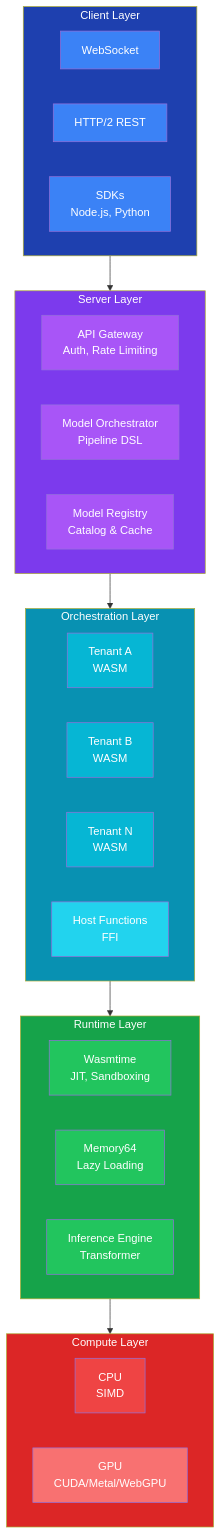
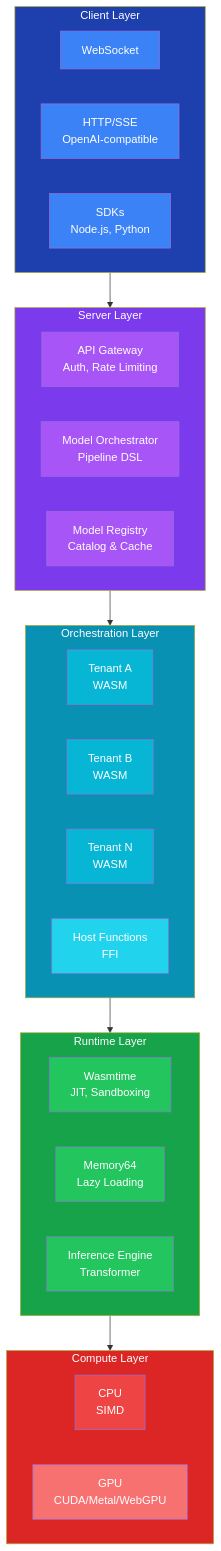
Before and after one commit to Querent-ai/realm: the third of 5 diagrams in README.md, drawn with Mermaid. The commit also changed other lines of this file and 10 other files, not shown here.

````diff
--- a/README.md
+++ b/README.md
@@ -274,57 +312,57 @@
 ```mermaid
 graph TB
     subgraph Clients["Client Layer"]
         WS["WebSocket"]
-        HTTP["HTTP/2 REST"]
+        HTTP["HTTP/SSE<br/>OpenAI-compatible"]
         SDK["SDKs<br/>Node.js, Python"]
         style Clients fill:#1e40af,color:#fff
         style WS fill:#3b82f6,color:#fff
         style HTTP fill:#3b82f6,color:#fff
         style SDK fill:#3b82f6,color:#fff
     end
     
     subgraph Server["Server Layer"]
         GATE["API Gateway<br/>Auth, Rate Limiting"]
         ORCH["Model Orchestrator<br/>Pipeline DSL"]
         REG["Model Registry<br/>Catalog & Cache"]
         style Server fill:#7c3aed,color:#fff
         style GATE fill:#a855f7,color:#fff
         style ORCH fill:#a855f7,color:#fff
         style REG fill:#a855f7,color:#fff
     end
     
     subgraph WASM["Orchestration Layer"]
         T1["Tenant A<br/>WASM"]
         T2["Tenant B<br/>WASM"]
         TN["Tenant N<br/>WASM"]
         HF["Host Functions<br/>FFI"]
         style WASM fill:#0891b2,color:#fff
         style T1 fill:#06b6d4,color:#fff
         style T2 fill:#06b6d4,color:#fff
         style TN fill:#06b6d4,color:#fff
         style HF fill:#22d3ee,color:#fff
     end
     
     subgraph Runtime["Runtime Layer"]
         WT["Wasmtime<br/>JIT, Sandboxing"]
         MEM["Memory64<br/>Lazy Loading"]
         INF["Inference Engine<br/>Transformer"]
         style Runtime fill:#16a34a,color:#fff
         style WT fill:#22c55e,color:#fff
         style MEM fill:#22c55e,color:#fff
         style INF fill:#22c55e,color:#fff
     end
     
     subgraph Compute["Compute Layer"]
         CPU["CPU<br/>SIMD"]
         GPU["GPU<br/>CUDA/Metal/WebGPU"]
         style Compute fill:#dc2626,color:#fff
         style CPU fill:#ef4444,color:#fff
         style GPU fill:#f87171,color:#fff
     end
     
     Clients --> Server
     Server --> WASM
     WASM --> Runtime
     Runtime --> Compute
 ```
````
